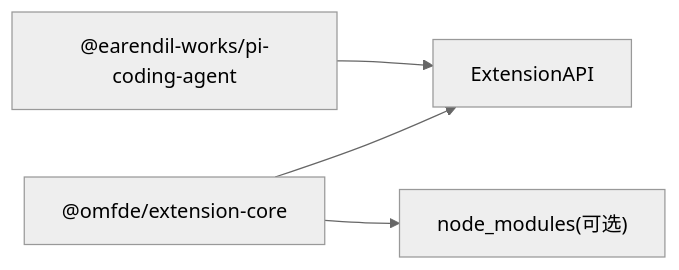
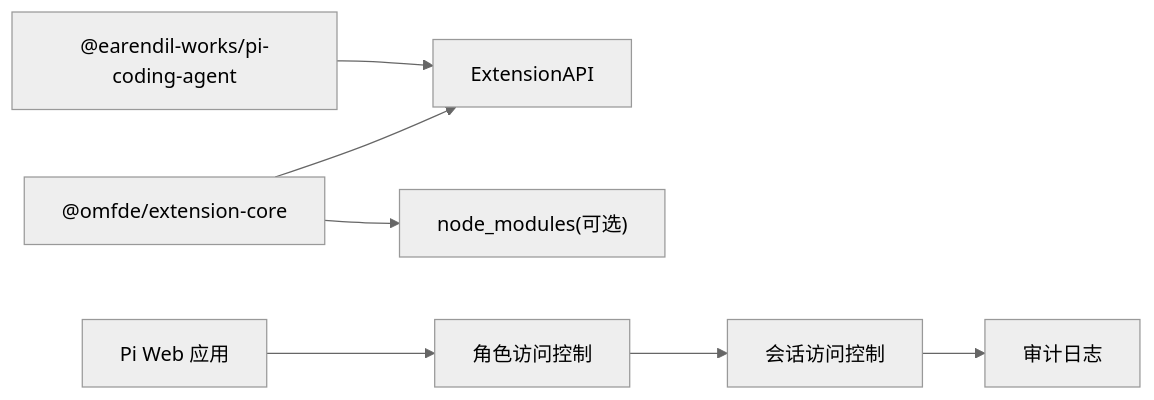
One commit to FDE-GROUP/oh-my-coding-agent changed the tenth of 10 diagrams in .qoder/repowiki/zh/content/扩展开发/扩展开发.md. Above: the diagram before and after it, drawn with Mermaid (neutral theme). The commit also changed other lines of this file and 410 other files, not shown here.

````diff
--- a/.qoder/repowiki/zh/content/扩展开发/扩展开发.md
+++ b/.qoder/repowiki/zh/content/扩展开发/扩展开发.md
@@ -268,6 +411,9 @@
 ```mermaid
 graph LR
 Host["@earendil-works/pi-coding-agent"] --> API["ExtensionAPI"]
 Ext["@omfde/extension-core"] --> API
 Ext --> NodeMods["node_modules(可选)"]
+WebApp["Pi Web 应用"] --> RBAC["角色访问控制"]
+RBAC --> SessionAccess["会话访问控制"]
+SessionAccess --> Audit["审计日志"]
 ```
````
